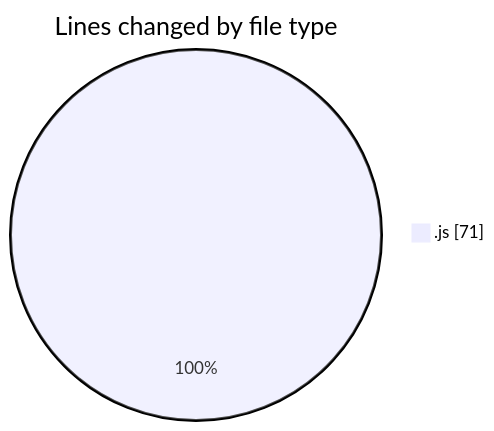
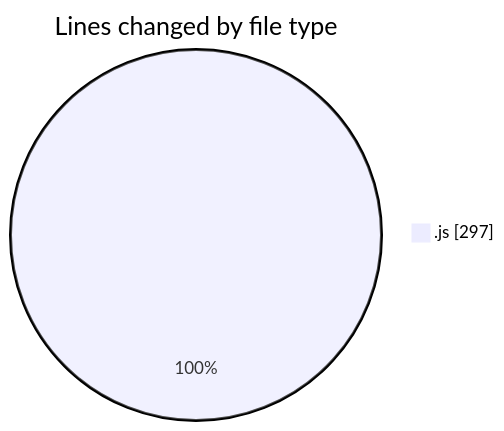
Before and after one commit to Ritupan-Deka/code-tracking: the first of 2 diagrams in 2025-07-21/javascript/README.md, drawn with Mermaid. The commit also changed other lines of this file and 1 other file, not shown here.

````diff
--- a/2025-07-21/javascript/README.md
+++ b/2025-07-21/javascript/README.md
@@ -21,5 +21,5 @@
 ```mermaid
 pie showData
 title Lines changed by file type
-".js" : 71
+".js" : 297
 ```
````
